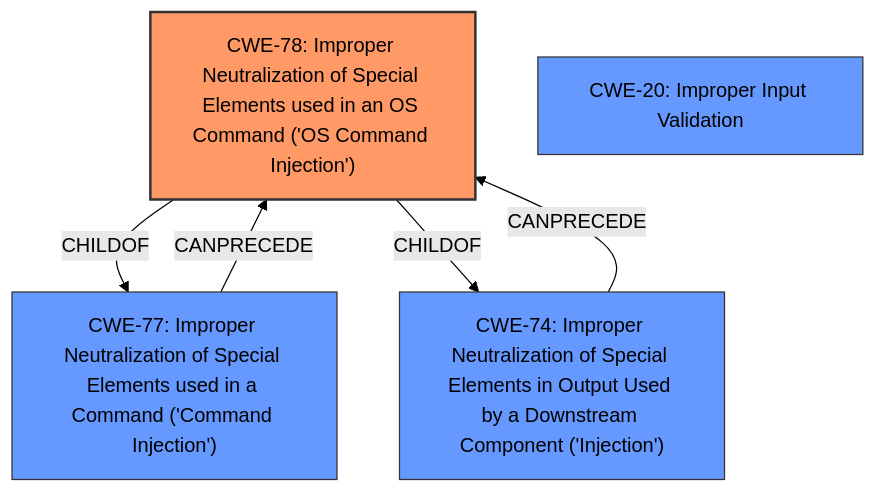
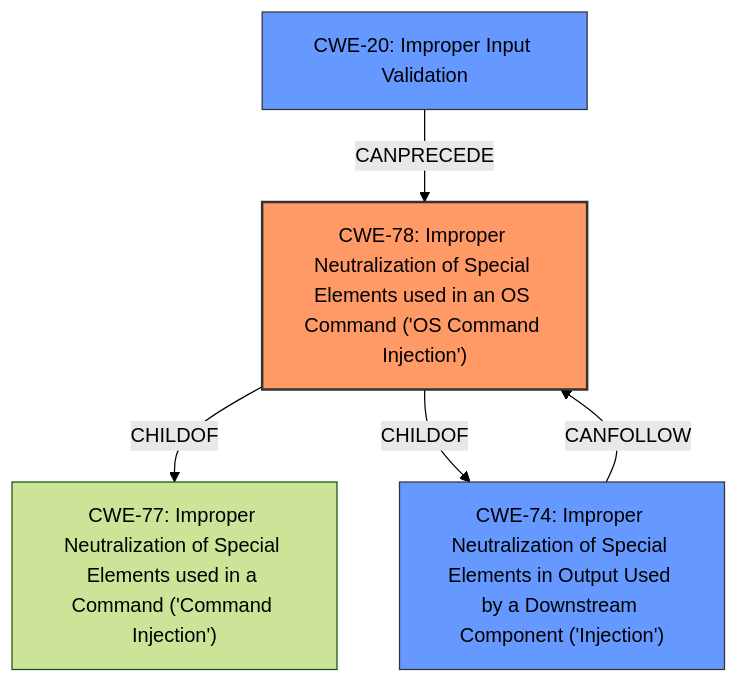
One commit to CyberSecAI/cwe_agent_assign_reports_2023 changed the diagram in CVE-2021-27104/CVE-2021-27104_analysis.md. Above: the diagram before and after it, drawn with Mermaid (forest theme). The commit also changed other lines of this file and 902 other files, not shown here.

````diff
--- a/CVE-2021-27104/CVE-2021-27104_analysis.md
+++ b/CVE-2021-27104/CVE-2021-27104_analysis.md
@@ -17,17 +18,18 @@
 ```mermaid
 graph TD
     cwe78["CWE-78: Improper Neutralization of Special Elements used in an OS Command ('OS Command Injection')"]
     cwe77["CWE-77: Improper Neutralization of Special Elements used in a Command ('Command Injection')"]
     cwe74["CWE-74: Improper Neutralization of Special Elements in Output Used by a Downstream Component ('Injection')"]
     cwe20["CWE-20: Improper Input Validation"]
 
     cwe78 -->|CHILDOF| cwe77
     cwe78 -->|CHILDOF| cwe74
-    cwe77 -->|CANPRECEDE| cwe78
-    cwe74 -->|CANPRECEDE| cwe78
+    cwe74 -->|CANFOLLOW| cwe78
+    cwe20 -->|CANPRECEDE| cwe78
 
     classDef primary fill:#f96,stroke:#333,stroke-width:2px
     classDef secondary fill:#69f,stroke:#333
+    classDef tertiary fill:#9e9,stroke:#333
     class cwe78 primary
-    class cwe77,cwe74,cwe20 secondary
+    class cwe74,cwe20 secondary
 ```
````
